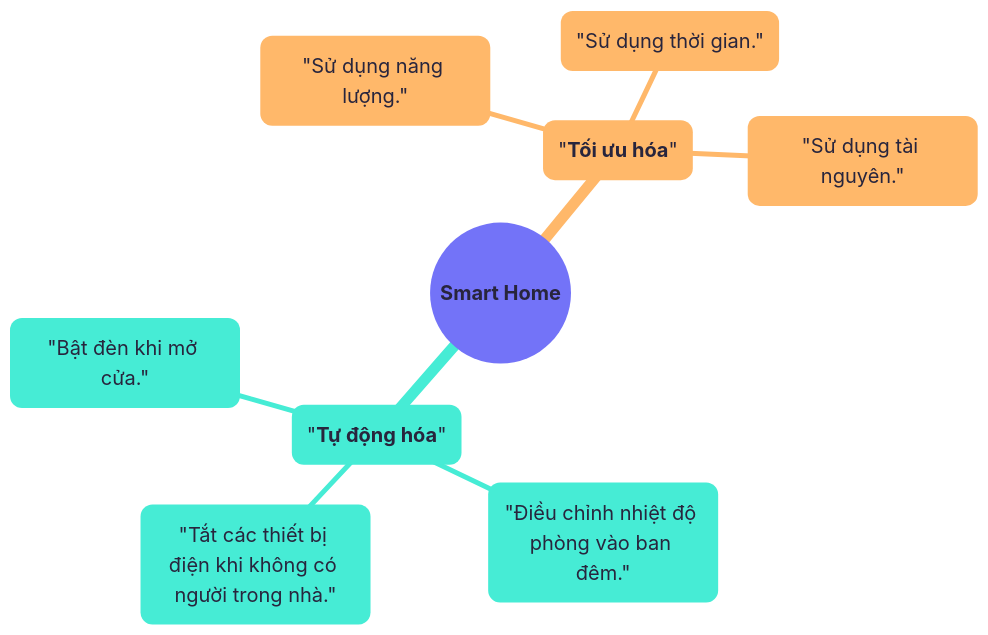
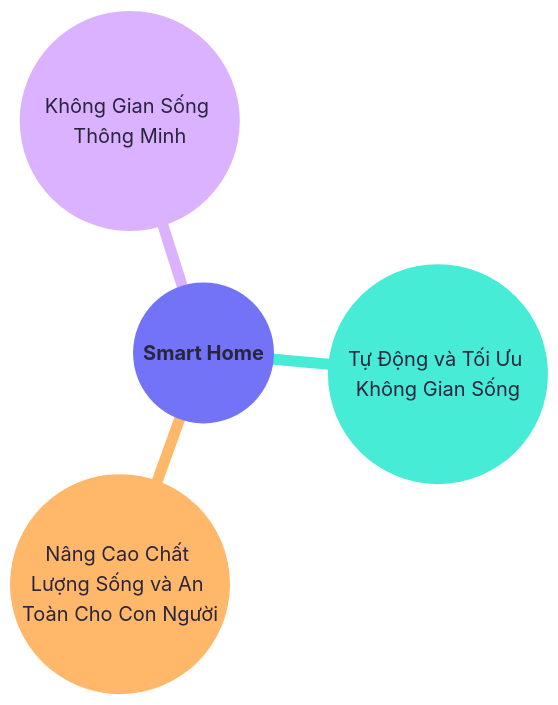
Before and after one commit to sam-uit/typst-report-template: the diagram in content/diagrams/chapter02-smarthome.mmd, drawn with Mermaid.

```diff
--- a/content/diagrams/chapter02-smarthome.mmd
+++ b/content/diagrams/chapter02-smarthome.mmd
@@ -1,17 +1,12 @@
 ---
 config:
   theme: redux-color
   themeVariables:
     fontFamily: Google Sans
     fontSize: 20px
 ---
 mindmap
   root(("**Smart Home**"))
-    "**Tự động hóa**"
-        "Bật đèn khi mở cửa."
-        "Điều chỉnh nhiệt độ phòng vào ban đêm."
-        "Tắt các thiết bị điện khi không có người trong nhà."
-    "**Tối ưu hóa**"
-        "Sử dụng năng lượng."
-        "Sử dụng thời gian."
-        "Sử dụng tài nguyên."
+    ((Tự Động và Tối Ưu Không Gian Sống))
+    ((Nâng Cao Chất Lượng Sống và An Toàn Cho Con Người))
+    ((Không Gian Sống Thông Minh))
```
